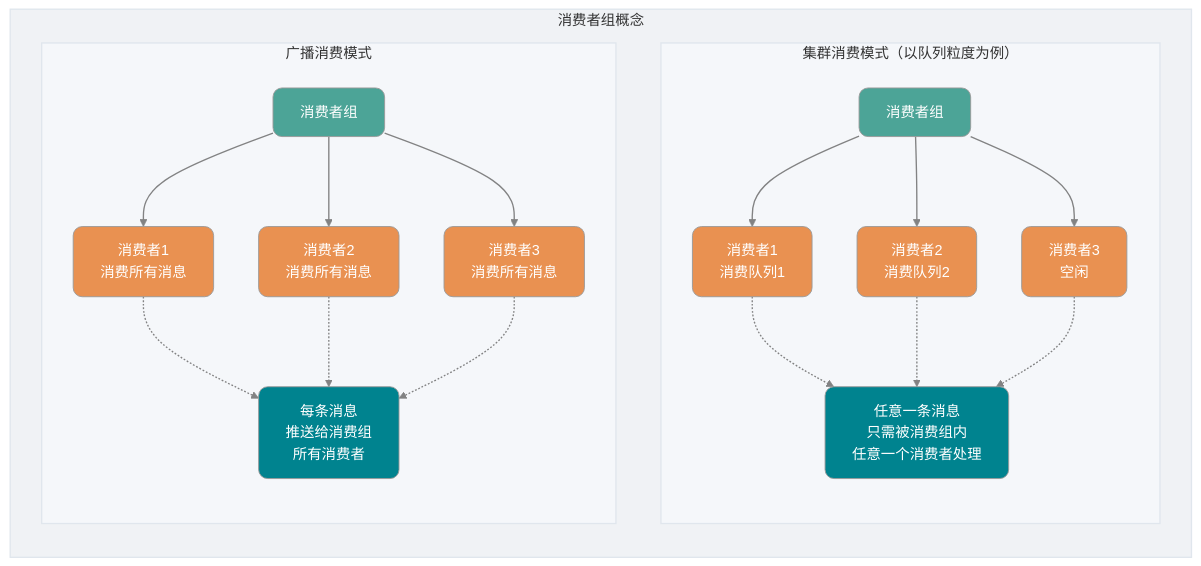
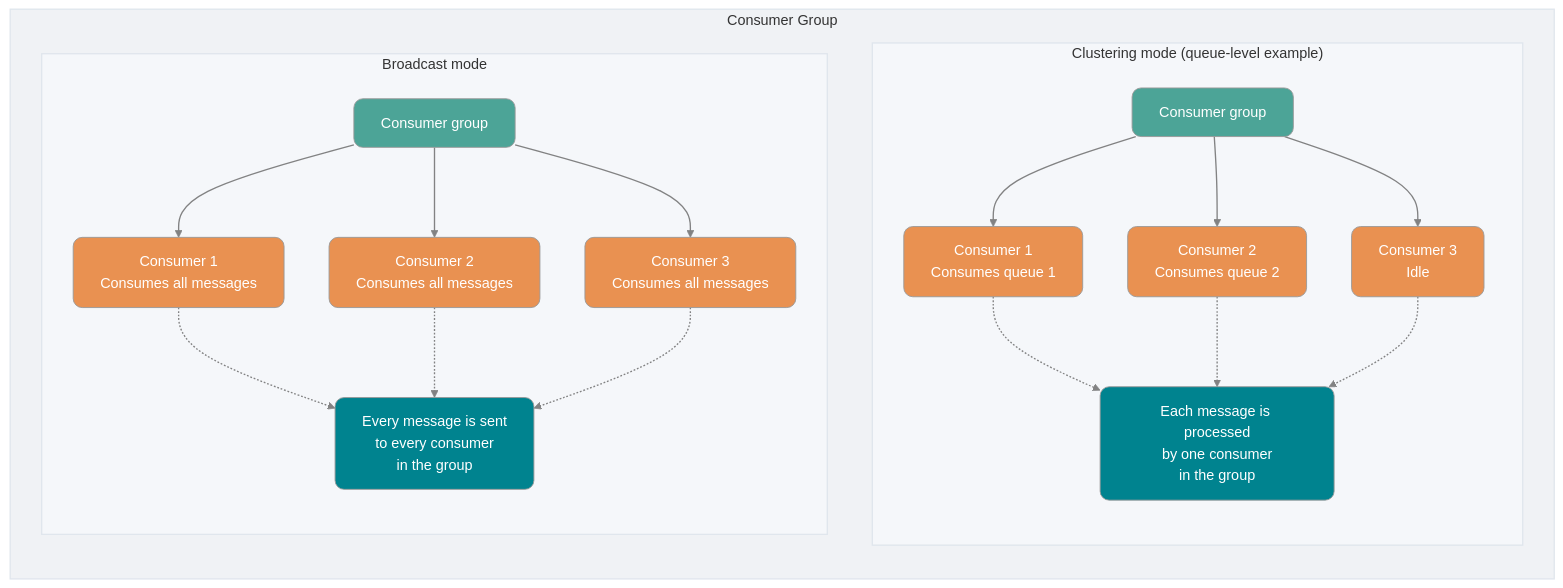
Diagram 13 of 13 in docs/high-performance/message-queue/rocketmq-questions.md (m3h3d1/JavaGuideEn), drawn with Mermaid (neutral theme) before and after one commit. The commit also changed other lines of this file and 128 other files, not shown here.

````diff
--- a/docs/high-performance/message-queue/rocketmq-questions.md
+++ b/docs/high-performance/message-queue/rocketmq-questions.md
@@ -1224,43 +1224,43 @@
 ```mermaid
 flowchart TB
-    subgraph ConsumerGroup["消费者组概念"]
+    subgraph ConsumerGroup["Consumer Group"]
         direction TB
         style ConsumerGroup fill:#F0F2F5,stroke:#E0E6ED,stroke-width:1.5px
 
-        subgraph Cluster["集群消费模式（以队列粒度为例）"]
+        subgraph Cluster["Clustering mode (queue-level example)"]
             direction TB
             style Cluster fill:#F5F7FA,stroke:#E0E6ED,stroke-width:1.5px
-            CG["消费者组"] --> C1["消费者1<br/>消费队列1"]
-            CG --> C2["消费者2<br/>消费队列2"]
-            CG --> C3["消费者3<br/>空闲"]
-            Note1["任意一条消息<br/>只需被消费组内<br/>任意一个消费者处理"]
+            CG["Consumer group"] --> C1["Consumer 1<br/>Consumes queue 1"]
+            CG --> C2["Consumer 2<br/>Consumes queue 2"]
+            CG --> C3["Consumer 3<br/>Idle"]
+            Note1["Each message is processed<br/>by one consumer<br/>in the group"]
         end
 
-        subgraph Broadcast["广播消费模式"]
+        subgraph Broadcast["Broadcast mode"]
             direction TB
             style Broadcast fill:#F5F7FA,stroke:#E0E6ED,stroke-width:1.5px
-            BG["消费者组"] --> B1["消费者1<br/>消费所有消息"]
-            BG --> B2["消费者2<br/>消费所有消息"]
-            BG --> B3["消费者3<br/>消费所有消息"]
-            Note2["每条消息<br/>推送给消费组<br/>所有消费者"]
+            BG["Consumer group"] --> B1["Consumer 1<br/>Consumes all messages"]
+            BG --> B2["Consumer 2<br/>Consumes all messages"]
+            BG --> B3["Consumer 3<br/>Consumes all messages"]
+            Note2["Every message is sent<br/>to every consumer<br/>in the group"]
         end
 
-        %% 优化：调整注释连线，避免跨子图渲染异常
+        %% Keep annotation links within each subgraph to avoid rendering issues.
         C1 -.-> Note1
         C2 -.-> Note1
         C3 -.-> Note1
         B1 -.-> Note2
         B2 -.-> Note2
         B3 -.-> Note2
     end
 
     classDef cg fill:#4CA497,color:#fff,rx:10,ry:10
     classDef consumer fill:#E99151,color:#fff,rx:10,ry:10
     classDef note fill:#00838F,color:#fff,rx:10,ry:10
 
     class CG,BG cg
     class C1,C2,C3,B1,B2,B3 consumer
     class Note1,Note2 note
 
     linkStyle default stroke-width:1.5px,opacity:0.8
 ```
````
